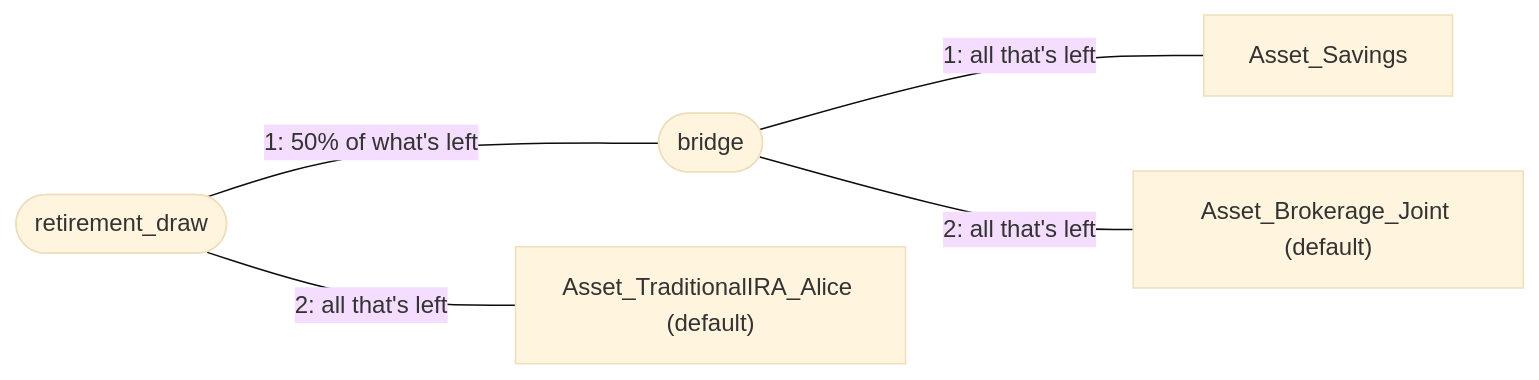
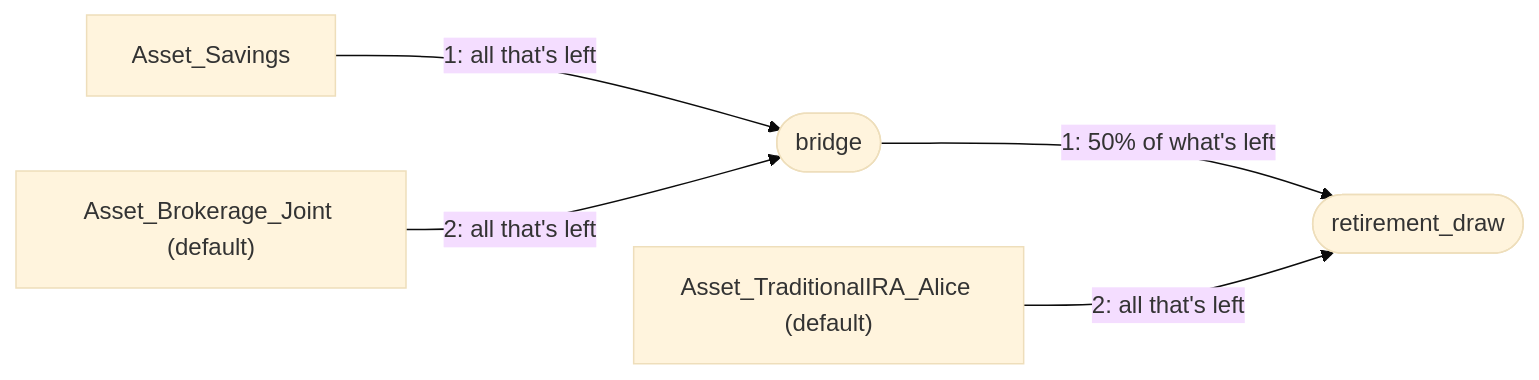
The second of 3 diagrams in docs/guides/chains.md (BobKerns/analysis), drawn with Mermaid (base theme) before and after one commit. The commit also changed other lines of this file and 32 other files, not shown here.

````diff
--- a/docs/guides/chains.md
+++ b/docs/guides/chains.md
@@ -228,7 +240,7 @@
 ```mermaid
 flowchart LR
-    rd(["retirement_draw"]) ---|"1: 50% of what's left"| br(["bridge"])
-    rd ---|"2: all that's left"| ira["Asset_TraditionalIRA_Alice (default)"]
-    br ---|"1: all that's left"| sav["Asset_Savings"]
-    br ---|"2: all that's left"| bro["Asset_Brokerage_Joint (default)"]
+    sav["Asset_Savings"] -->|"1: all that's left"| br(["bridge"])
+    bro["Asset_Brokerage_Joint (default)"] -->|"2: all that's left"| br
+    br -->|"1: 50% of what's left"| rd(["retirement_draw"])
+    ira["Asset_TraditionalIRA_Alice (default)"] -->|"2: all that's left"| rd
 ```
````
